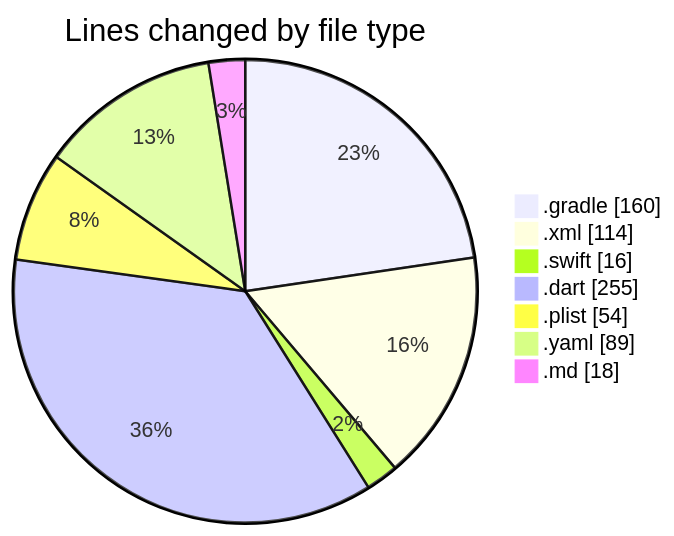
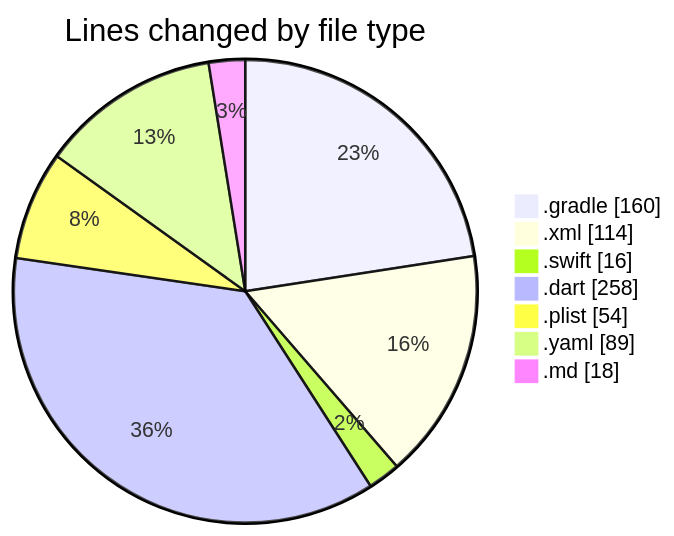
Before and after one commit to donsfak/code-tracking: the first of 2 diagrams in 2025-01-01/uber_clone/README.md, drawn with Mermaid. The commit also changed other lines of this file and 1 other file, not shown here.

````diff
--- a/2025-01-01/uber_clone/README.md
+++ b/2025-01-01/uber_clone/README.md
@@ -29,11 +30,11 @@
 ```mermaid
 pie showData
 title Lines changed by file type
 ".gradle" : 160
 ".xml" : 114
 ".swift" : 16
-".dart" : 255
+".dart" : 258
 ".plist" : 54
 ".yaml" : 89
 ".md" : 18
 ```
````
